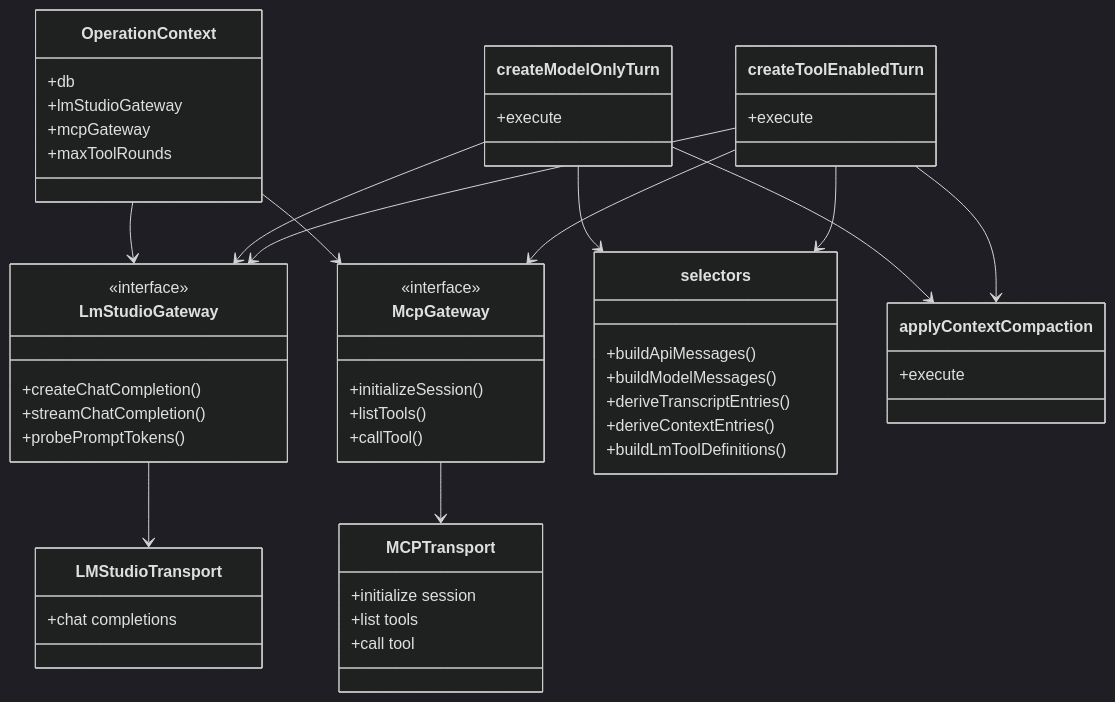
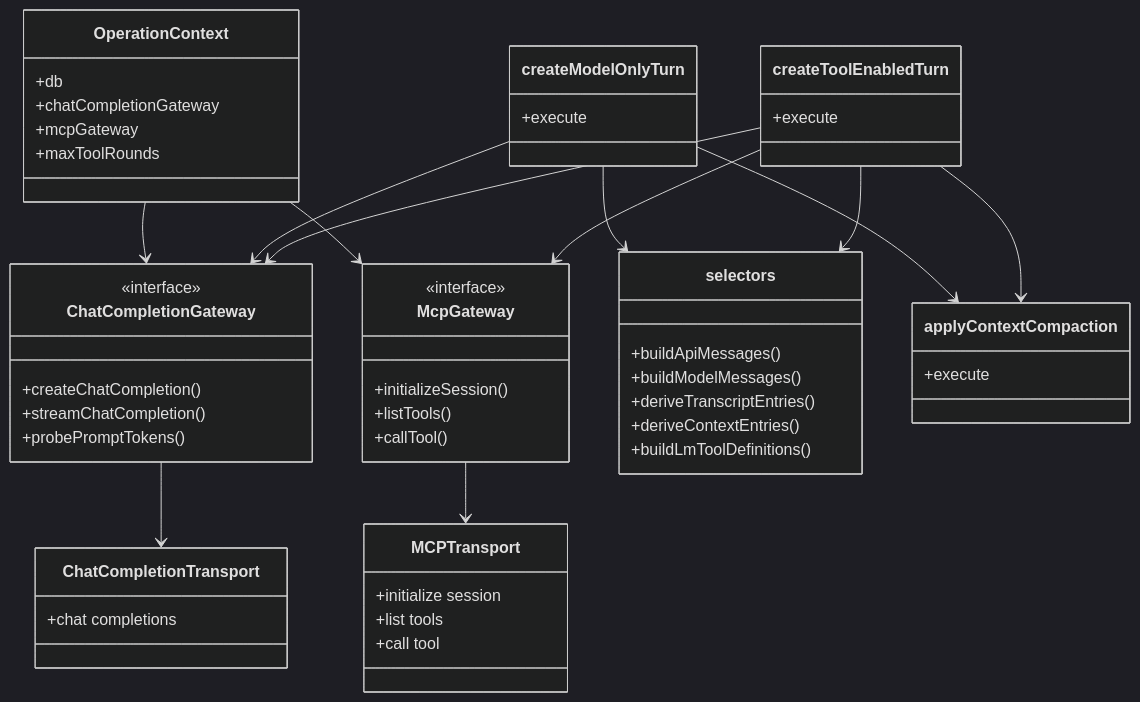
The second of 2 diagrams in ARCHITECTURE.md (ffleurey/mcpscope), drawn with Mermaid (dark theme) before and after one commit. The commit also changed other lines of this file and 6 other files, not shown here.

First line of the commit message:
docs: correct schema/tool-count facts and align with plain table names

````diff
--- a/ARCHITECTURE.md
+++ b/ARCHITECTURE.md
@@ -385,65 +377,65 @@
 ```mermaid
 classDiagram
 	class OperationContext {
 		+db
-		+lmStudioGateway
+		+chatCompletionGateway
 		+mcpGateway
 		+maxToolRounds
 	}
 
-	class LmStudioGateway {
+	class ChatCompletionGateway {
 		<<interface>>
 		+createChatCompletion()
 		+streamChatCompletion()
 		+probePromptTokens()
 	}
 
 	class McpGateway {
 		<<interface>>
 		+initializeSession()
 		+listTools()
 		+callTool()
 	}
 
 	class createModelOnlyTurn {
 		+execute
 	}
 
 	class createToolEnabledTurn {
 		+execute
 	}
 
 	class selectors {
 		+buildApiMessages()
 		+buildModelMessages()
 		+deriveTranscriptEntries()
 		+deriveContextEntries()
 		+buildLmToolDefinitions()
 	}
 
 	class applyContextCompaction {
 		+execute
 	}
 
-	class LMStudioTransport {
+	class ChatCompletionTransport {
 		+chat completions
 	}
 
 	class MCPTransport {
 		+initialize session
 		+list tools
 		+call tool
 	}
 
-	OperationContext --> LmStudioGateway
+	OperationContext --> ChatCompletionGateway
 	OperationContext --> McpGateway
 	createModelOnlyTurn --> selectors
-	createModelOnlyTurn --> LmStudioGateway
+	createModelOnlyTurn --> ChatCompletionGateway
 	createModelOnlyTurn --> applyContextCompaction
 	createToolEnabledTurn --> selectors
-	createToolEnabledTurn --> LmStudioGateway
+	createToolEnabledTurn --> ChatCompletionGateway
 	createToolEnabledTurn --> McpGateway
 	createToolEnabledTurn --> applyContextCompaction
-	LmStudioGateway --> LMStudioTransport
+	ChatCompletionGateway --> ChatCompletionTransport
 	McpGateway --> MCPTransport
 ```
````
